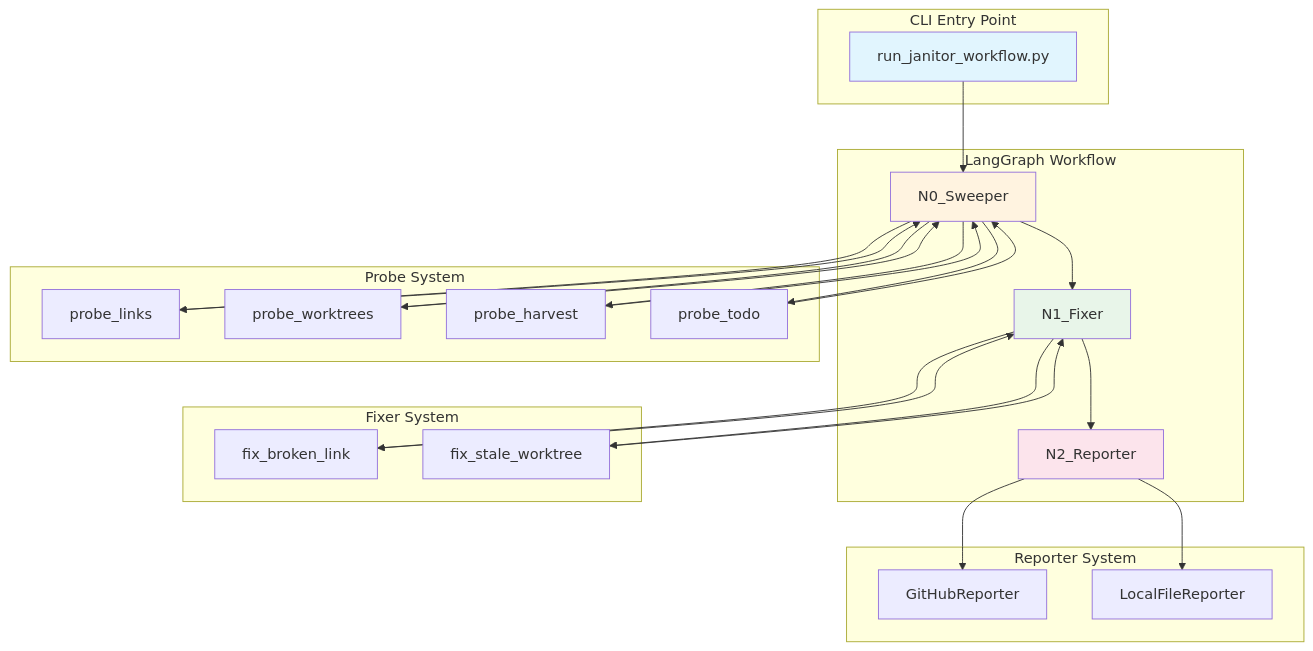
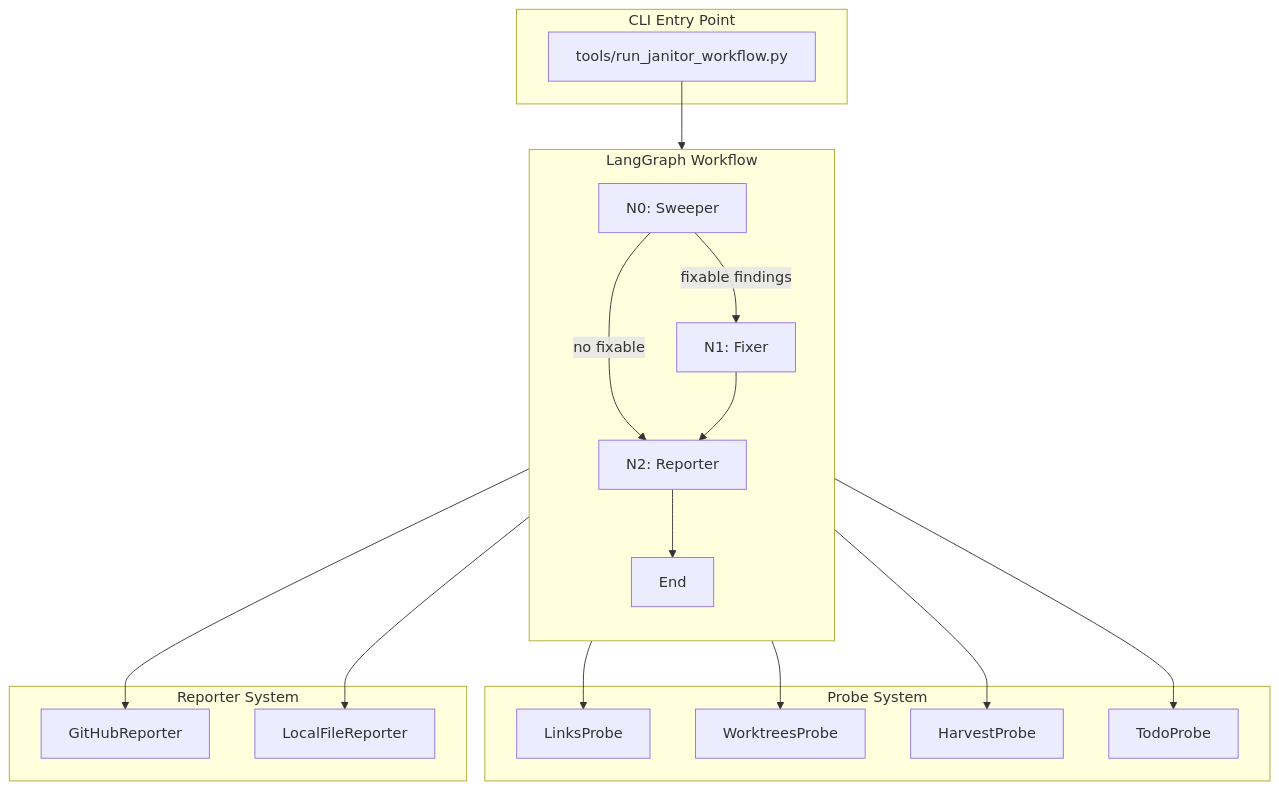
The first of 2 diagrams in docs/lineage/active/94-lld/002-draft.md (martymcenroe/AssemblyZero), drawn with Mermaid before and after one commit. The commit also changed other lines of this file and 4 other files, not shown here.

````diff
--- a/docs/lineage/active/94-lld/002-draft.md
+++ b/docs/lineage/active/94-lld/002-draft.md
@@ -412,44 +523,39 @@
 ```mermaid
 flowchart TB
     subgraph CLI["CLI Entry Point"]
-        A[run_janitor_workflow.py]
+        A[tools/run_janitor_workflow.py]
     end
 
     subgraph Graph["LangGraph Workflow"]
-        B[N0_Sweeper]
-        C[N1_Fixer]
-        D[N2_Reporter]
+        direction TB
+        N0[N0: Sweeper]
+        N1[N1: Fixer]
+        N2[N2: Reporter]
+        
+        N0 -->|fixable findings| N1
+        N0 -->|no fixable| N2
+        N1 --> N2
+        N2 --> END[End]
     end
 
     subgraph Probes["Probe System"]
-        P1[probe_links]
-        P2[probe_worktrees]
-        P3[probe_harvest]
-        P4[probe_todo]
-    end
-
-    subgraph Fixers["Fixer System"]
-        F1[fix_broken_link]
-        F2[fix_stale_worktree]
+        P1[LinksProbe]
+        P2[WorktreesProbe]
+        P3[HarvestProbe]
+        P4[TodoProbe]
     end
 
     subgraph Reporters["Reporter System"]
         R1[GitHubReporter]
         R2[LocalFileReporter]
     end
 
-    A --> B
-    B --> P1 & P2 & P3 & P4
-    P1 & P2 & P3 & P4 --> B
-    B --> C
-    C --> F1 & F2
-    F1 & F2 --> C
-    C --> D
-    D --> R1
-    D --> R2
-
-    style A fill:#e1f5fe
-    style B fill:#fff3e0
-    style C fill:#e8f5e9
-    style D fill:#fce4ec
+    A --> N0
+    N0 --> P1
+    N0 --> P2
+    N0 --> P3
+    N0 --> P4
+    
+    N2 --> R1
+    N2 --> R2
 ```
````
